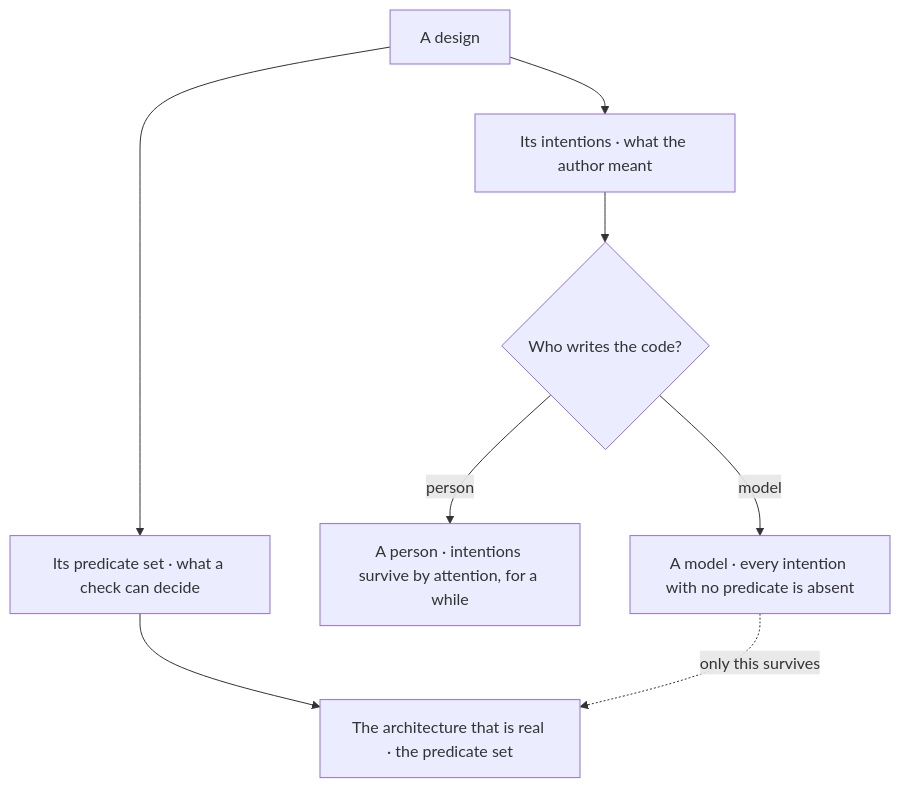
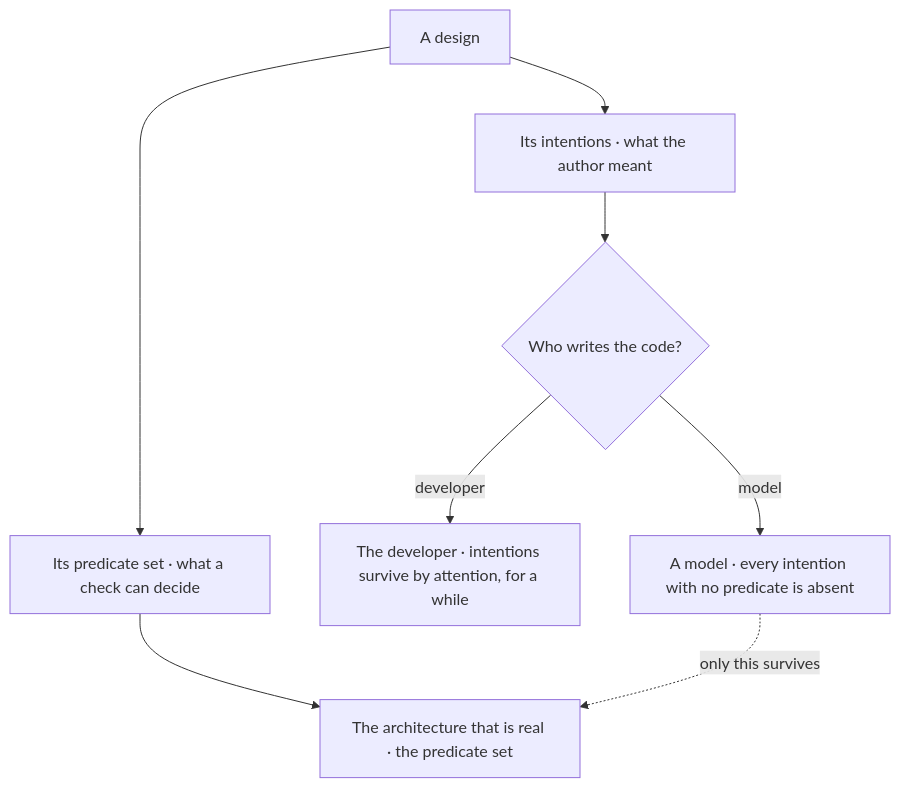
Before and after one commit to Varietyz/Disciplined-AI-Software-Development: the second of 6 diagrams in architecture/COVERAGE.md, drawn with Mermaid. The commit also changed other lines of this file and 25 other files, not shown here.

````diff
--- a/architecture/COVERAGE.md
+++ b/architecture/COVERAGE.md
@@ -60,17 +56,17 @@
 ```mermaid
 flowchart TB
 design["A design"]
 intentions["Its intentions · what the author meant"]
 predicates["Its predicate set · what a check can decide"]
 author{"Who writes the code?"}
-person["A person · intentions survive by attention, for a while"]
+person["The developer · intentions survive by attention, for a while"]
 model["A model · every intention with no predicate is absent"]
 real["The architecture that is real · the predicate set"]
 design --> intentions
 design --> predicates
 intentions --> author
-author -- person --> person
+author -- developer --> person
 author -- model --> model
 predicates --> real
 model -. only this survives .-> real
 ```
````
